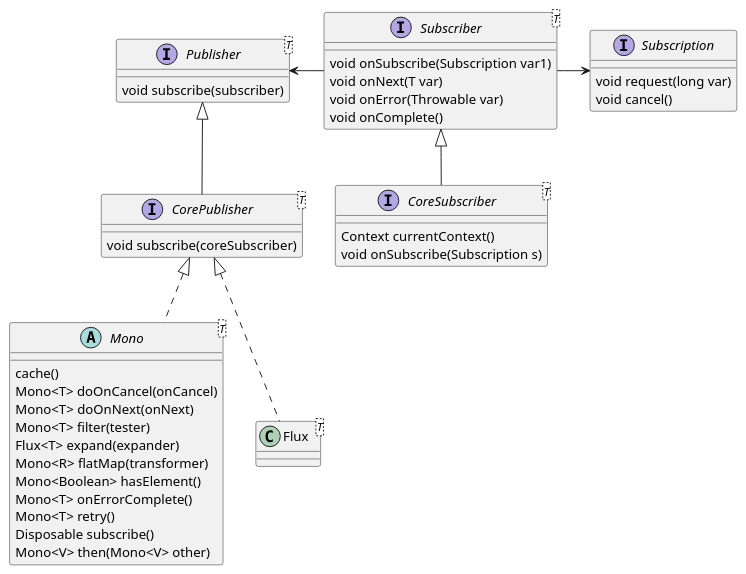
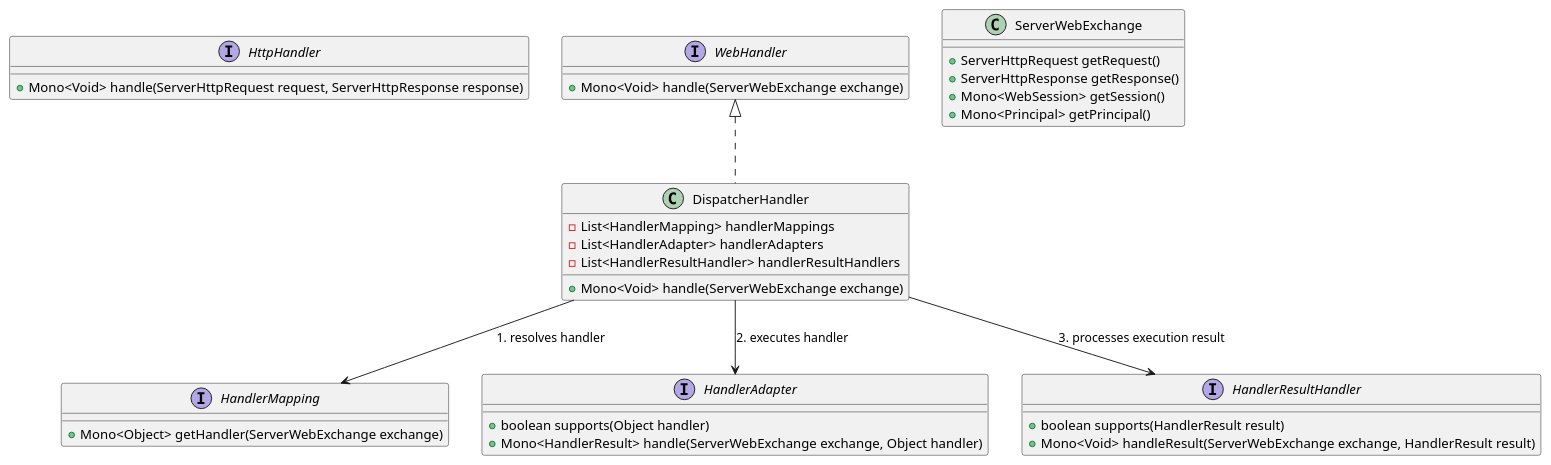
One commit to kevinwang930/kevinwang930.github.io changed the diagram in content/post/java/spring/spring-webflux.md. Above: the diagram before and after it, drawn with PlantUML. The commit also changed other lines of this file and 2 other files, not shown here.

````diff
--- a/content/post/java/spring/spring-webflux.md
+++ b/content/post/java/spring/spring-webflux.md
@@ -29,52 +29,41 @@
 ```plantuml
-
-
-interface Publisher<T> {
-    void subscribe(subscriber)
+interface HttpHandler {
+    + Mono<Void> handle(ServerHttpRequest request, ServerHttpResponse response)
 }
 
-interface CorePublisher<T> extends Publisher {
-    void subscribe(coreSubscriber)
+interface WebHandler {
+    + Mono<Void> handle(ServerWebExchange exchange)
 }
 
-interface Subscriber<T> {
-    void onSubscribe(Subscription var1)
-    void onNext(T var)
-    void onError(Throwable var)
-    void onComplete()
+class DispatcherHandler implements WebHandler {
+    - List<HandlerMapping> handlerMappings
+    - List<HandlerAdapter> handlerAdapters
+    - List<HandlerResultHandler> handlerResultHandlers
+    + Mono<Void> handle(ServerWebExchange exchange)
 }
 
-interface CoreSubscriber<T> extends Subscriber {
-
-    Context currentContext()
-    void onSubscribe(Subscription s)
+interface HandlerMapping {
+    + Mono<Object> getHandler(ServerWebExchange exchange)
 }
 
-interface Subscription {
-    void request(long var)
-    void cancel()
+interface HandlerAdapter {
+    + boolean supports(Object handler)
+    + Mono<HandlerResult> handle(ServerWebExchange exchange, Object handler)
 }
 
-
-abstract class Mono<T> implements CorePublisher {
-    cache()
-    Mono<T> doOnCancel(onCancel)
-    Mono<T> doOnNext(onNext)
-    Mono<T> filter(tester)
-    Flux<T> expand(expander)
-    Mono<R> flatMap(transformer)
-    Mono<Boolean> hasElement()
-    Mono<T> onErrorComplete()
-    Mono<T> retry()
-    Disposable subscribe()
-    Mono<V> then(Mono<V> other)
+interface HandlerResultHandler {
+    + boolean supports(HandlerResult result)
+    + Mono<Void> handleResult(ServerWebExchange exchange, HandlerResult result)
 }
 
-class Flux<T> implements CorePublisher {
-
+class ServerWebExchange {
+    + ServerHttpRequest getRequest()
+    + ServerHttpResponse getResponse()
+    + Mono<WebSession> getSession()
+    + Mono<Principal> getPrincipal()
 }
 
-
-Subscriber -left-> Publisher
-Subscriber -right-> Subscription
+DispatcherHandler --> HandlerMapping : 1. resolves handler
+DispatcherHandler --> HandlerAdapter : 2. executes handler
+DispatcherHandler --> HandlerResultHandler : 3. processes execution result
 ```
````
